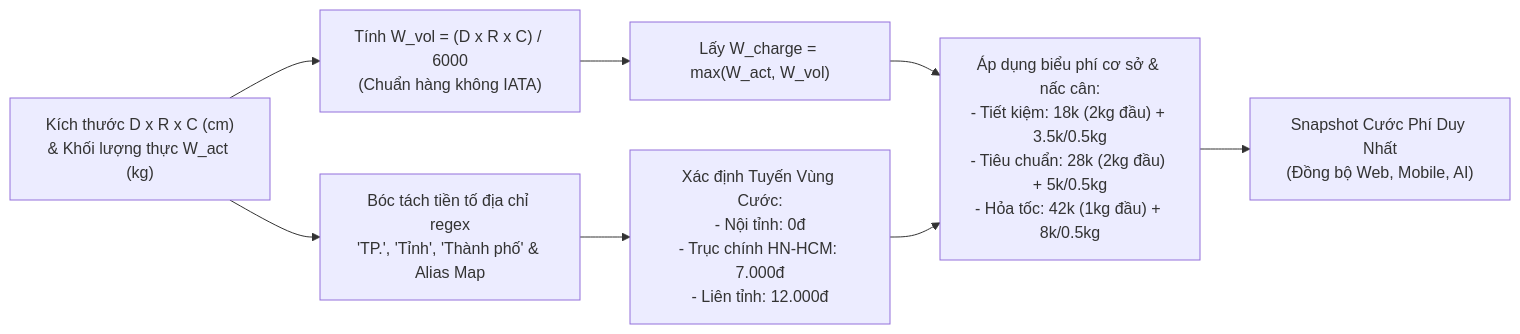
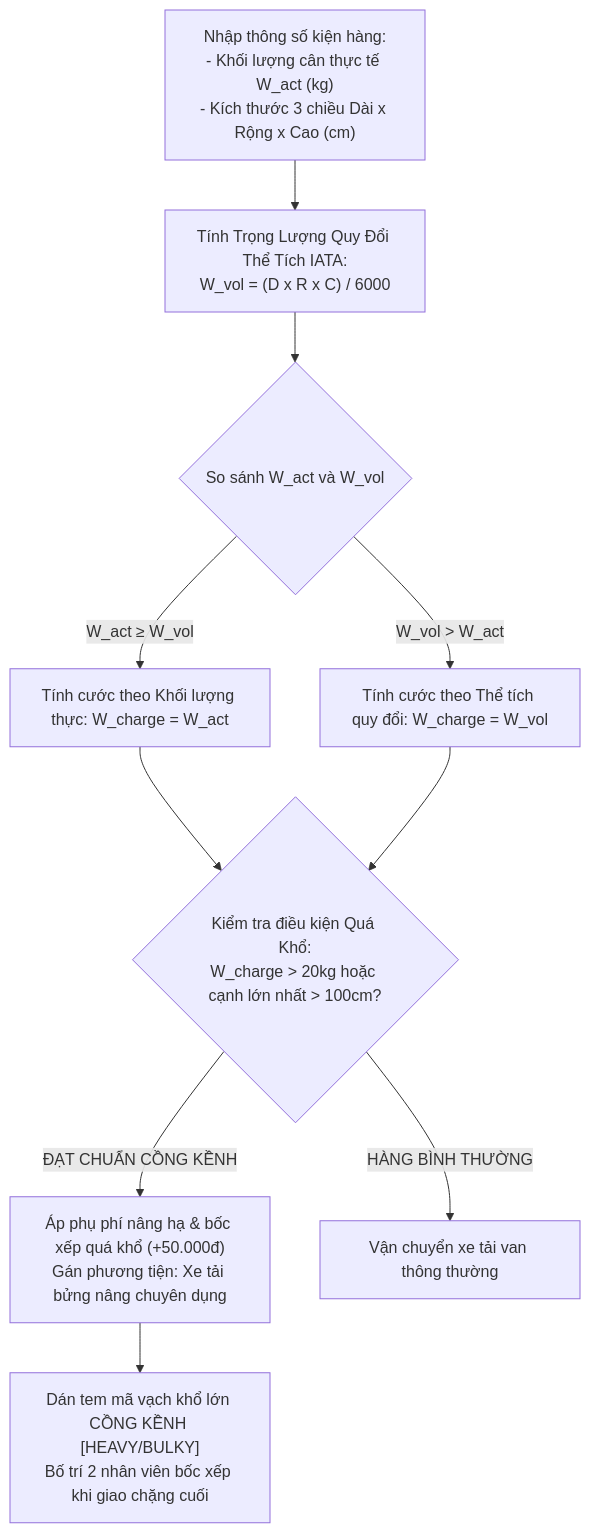
The fifth of 14 diagrams in README.md (VoVanTuTai/logistics-management-system), drawn with Mermaid before and after one commit. The commit also changed other lines of this file, not shown here.

````diff
--- a/README.md
+++ b/README.md
@@ -252,16 +333,16 @@
 ```mermaid
-flowchart LR
-    INPUT["Kích thước D x R x C (cm)<br/>& Khối lượng thực W_act (kg)"]
-    CALC_VOL["Tính W_vol = (D x R x C) / 6000<br/>(Chuẩn hàng không IATA)"]
-    CHARGE_W["Lấy W_charge = max(W_act, W_vol)"]
-    NORM_ADDR["Bóc tách tiền tố địa chỉ regex<br/>'TP.', 'Tỉnh', 'Thành phố' & Alias Map"]
-    ZONE_CALC["Xác định Tuyến Vùng Cước:<br/>- Nội tỉnh: 0đ<br/>- Trục chính HN-HCM: 7.000đ<br/>- Liên tỉnh: 12.000đ"]
-    TIER_PRICE["Áp dụng biểu phí cơ sở & nấc cân:<br/>- Tiết kiệm: 18k (2kg đầu) + 3.5k/0.5kg<br/>- Tiêu chuẩn: 28k (2kg đầu) + 5k/0.5kg<br/>- Hỏa tốc: 42k (1kg đầu) + 8k/0.5kg"]
-    OUTPUT["Snapshot Cước Phí Duy Nhất<br/>(Đồng bộ Web, Mobile, AI)"]
+flowchart TD
+    DIM_INPUT["Nhập thông số kiện hàng:<br/>- Khối lượng cân thực tế W_act (kg)<br/>- Kích thước 3 chiều Dài x Rộng x Cao (cm)"] --> IATA_CALC["Tính Trọng Lượng Quy Đổi Thể Tích IATA:<br/>W_vol = (D x R x C) / 6000"]
 
-    INPUT --> CALC_VOL --> CHARGE_W
-    INPUT --> NORM_ADDR --> ZONE_CALC
-    CHARGE_W --> TIER_PRICE
-    ZONE_CALC --> TIER_PRICE
-    TIER_PRICE --> OUTPUT
+    IATA_CALC --> COMPARE{"So sánh W_act và W_vol"}
+    COMPARE -->|"W_act &ge; W_vol"| CHARGE_ACT["Tính cước theo Khối lượng thực: W_charge = W_act"]
+    COMPARE -->|"W_vol > W_act"| CHARGE_VOL["Tính cước theo Thể tích quy đổi: W_charge = W_vol"]
+
+    CHARGE_ACT --> BULK_CHECK{"Kiểm tra điều kiện Quá Khổ:<br/>W_charge > 20kg hoặc cạnh lớn nhất > 100cm?"}
+    CHARGE_VOL --> BULK_CHECK
+
+    BULK_CHECK -- "ĐẠT CHUẨN CỒNG KỀNH" --> SURCHARGE["Áp phụ phí nâng hạ & bốc xếp quá khổ (+50.000đ)<br/>Gán phương tiện: Xe tải bửng nâng chuyên dụng"]
+    BULK_CHECK -- "HÀNG BÌNH THƯỜNG" --> NORMAL_TRUCK["Vận chuyển xe tải van thông thường"]
+
+    SURCHARGE --> SCAN_BULK["Dán tem mã vạch khổ lớn CỒNG KỀNH [HEAVY/BULKY]<br/>Bố trí 2 nhân viên bốc xếp khi giao chặng cuối"]
 ```
````
